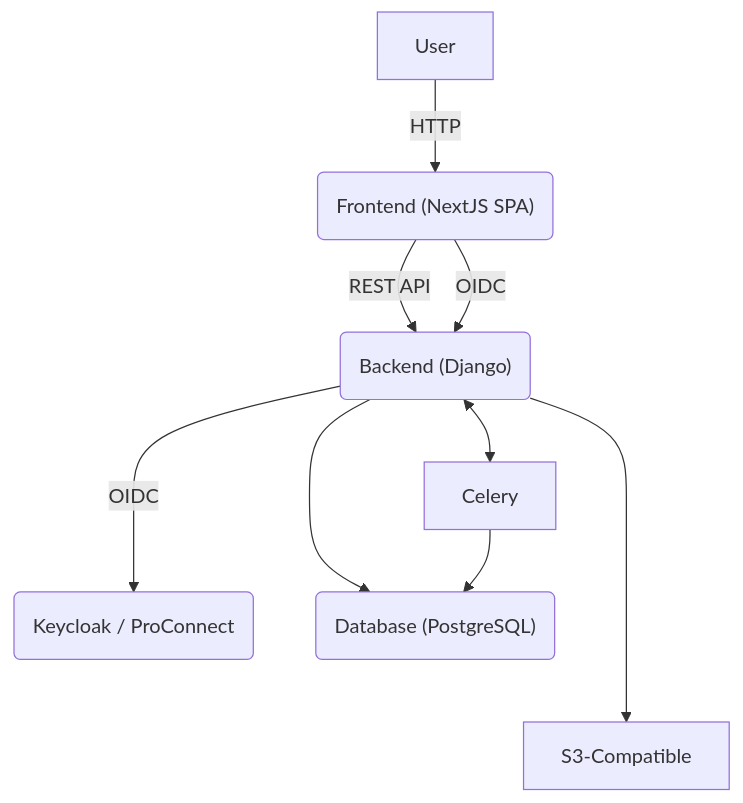
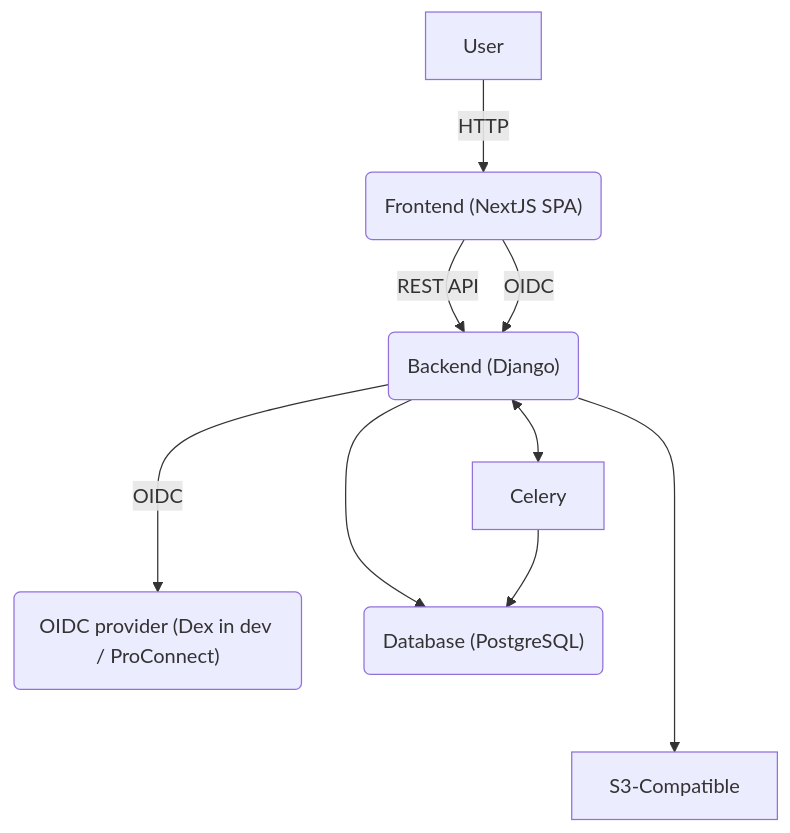
Before and after one commit to suitenumerique/drive: the diagram in docs/architecture.md, drawn with Mermaid. The commit also changed 13 other files, not shown here.

````diff
--- a/docs/architecture.md
+++ b/docs/architecture.md
@@ -5,9 +5,9 @@
 ```mermaid
 flowchart TD
     User -- HTTP --> Front("Frontend (NextJS SPA)")
     Front -- REST API --> Back("Backend (Django)")
-    Front -- OIDC --> Back -- OIDC ---> OIDC("Keycloak / ProConnect")
+    Front -- OIDC --> Back -- OIDC ---> OIDC("OIDC provider (Dex in dev / ProConnect)")
     Back --> DB("Database (PostgreSQL)")
     Back <--> Celery --> DB
     Back ----> S3-Compatible
 ```
````
